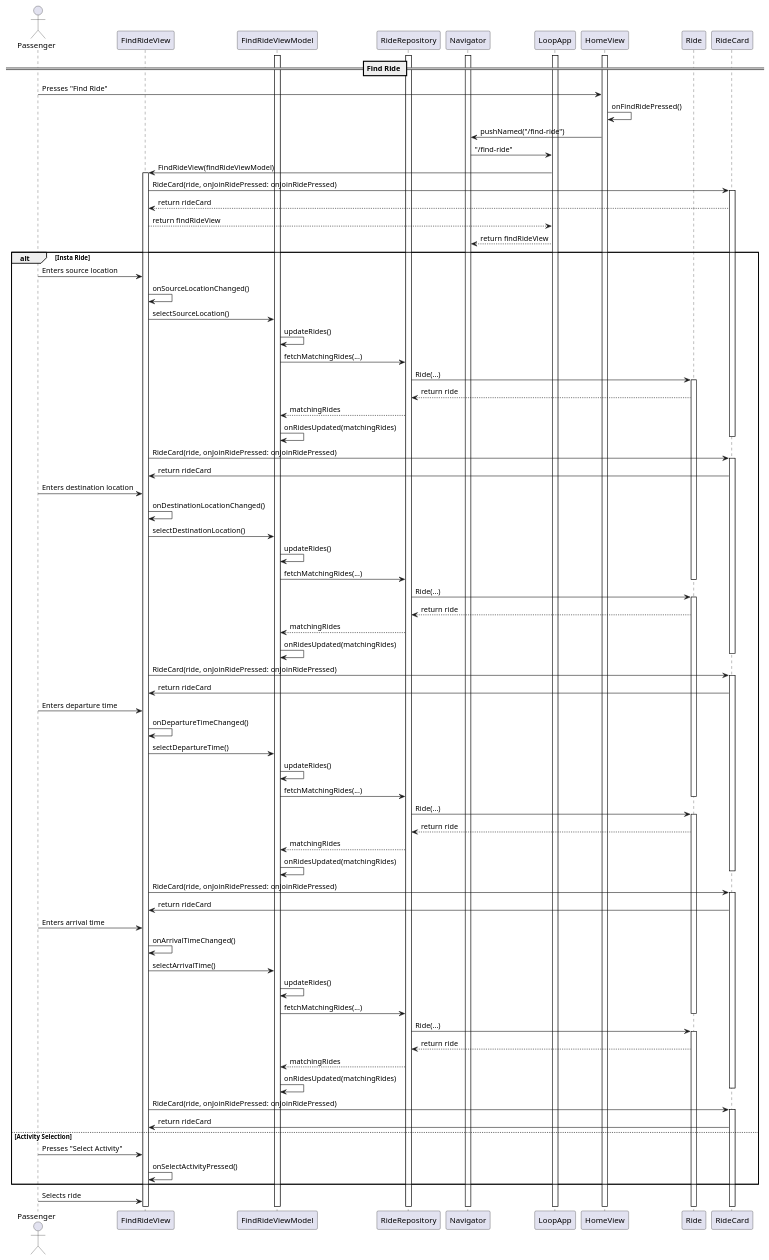
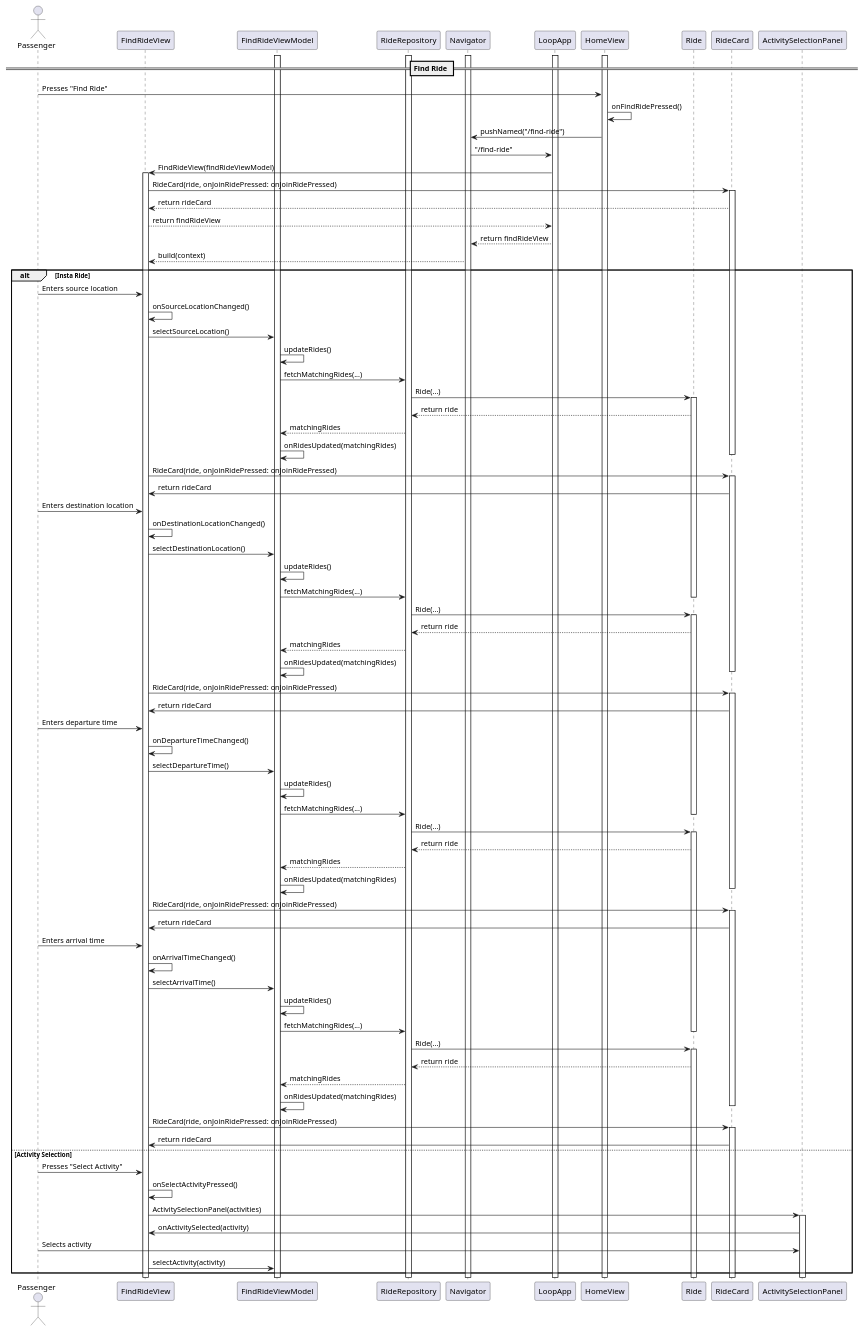
The diagram in reports/sequence/find-ride.plantuml (YannisRavasopoulos/ProjectSD_S6), drawn with PlantUML before and after one commit. The commit also changed 3 other files, not shown here.

Commit message:
Find ride changes

```diff
--- a/reports/sequence/find-ride.plantuml
+++ b/reports/sequence/find-ride.plantuml
@@ -29,6 +29,7 @@
 RideCard --> FindRideView: return rideCard
 FindRideView --> LoopApp: return findRideView
 LoopApp --> Navigator: return findRideView
+Navigator --> FindRideView: build(context)
 
 alt Insta Ride
 Passenger -> FindRideView: Enters source location
@@ -93,14 +94,19 @@
 FindRideView -> RideCard: RideCard(ride, onJoinRidePressed: onJoinRidePressed)
 activate RideCard
 RideCard -> FindRideView: return rideCard
-
 else Activity Selection
 Passenger -> FindRideView: Presses "Select Activity"
 FindRideView -> FindRideView: onSelectActivityPressed()
-' TODO
+FindRideView -> ActivitySelectionPanel: ActivitySelectionPanel(activities)
+activate ActivitySelectionPanel
+ActivitySelectionPanel -> FindRideView: onActivitySelected(activity)
+Passenger -> ActivitySelectionPanel: Selects activity
+FindRideView -> FindRideViewModel: selectActivity(activity)
 end
 
-Passenger -> FindRideView: Selects ride
+
+
+' Passenger -> FindRideView: Selects ride
 
 
 
```
